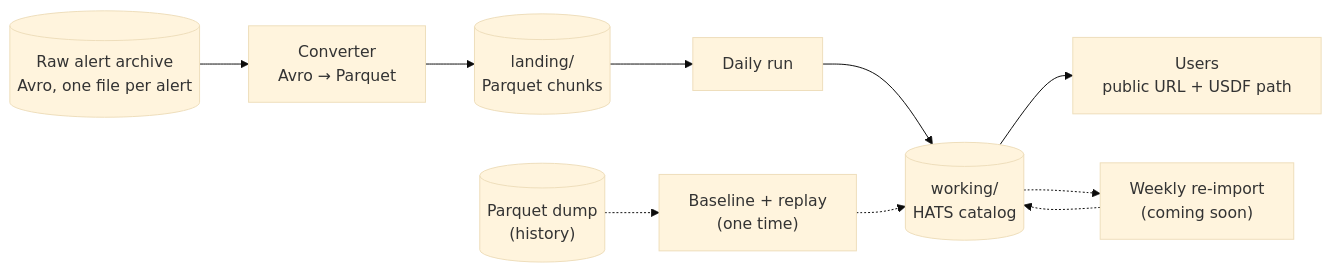
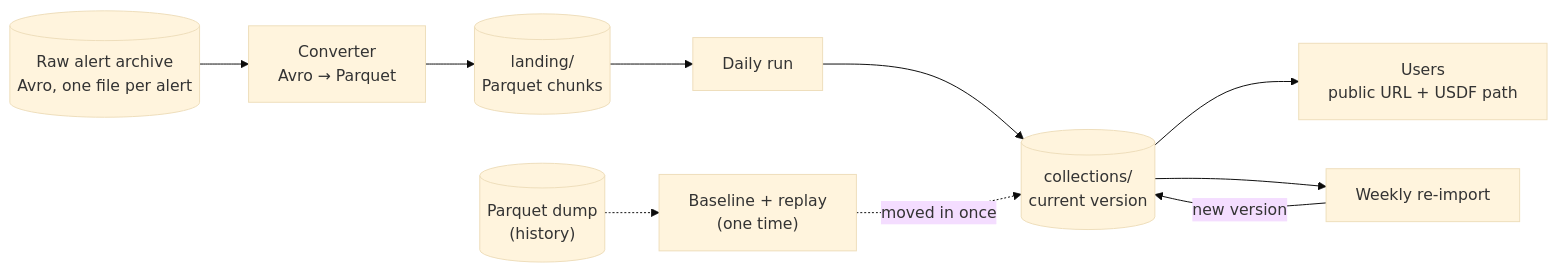
The diagram in docs/pipeline/overview.md (lincc-frameworks/alert-archive), drawn with Mermaid (base theme) before and after one commit. The commit also changed other lines of this file and 18 other files, not shown here.

First line of the commit message:
Add weekly re-import pipeline (#52)

````diff
--- a/docs/pipeline/overview.md
+++ b/docs/pipeline/overview.md
@@ -7,16 +7,16 @@
 ```mermaid
 flowchart LR
     raw[("Raw alert archive<br/>Avro, one file per alert")]
     conv["Converter<br/>Avro → Parquet"]
     landing[("landing/<br/>Parquet chunks")]
     daily["Daily run"]
-    working[("working/<br/>HATS catalog")]
+    current[("collections/<br/>current version")]
     users["Users<br/>public URL + USDF path"]
-    weekly["Weekly re-import<br/>(coming soon)"]
+    weekly["Weekly re-import"]
     dump[("Parquet dump<br/>(history)")]
     first["Baseline + replay<br/>(one time)"]
 
-    raw --> conv --> landing --> daily --> working --> users
-    working -.-> weekly -.-> working
-    dump -.-> first -.-> working
+    raw --> conv --> landing --> daily --> current --> users
+    current --> weekly -->|new version| current
+    dump -.-> first -.->|moved in once| current
 ```
````
